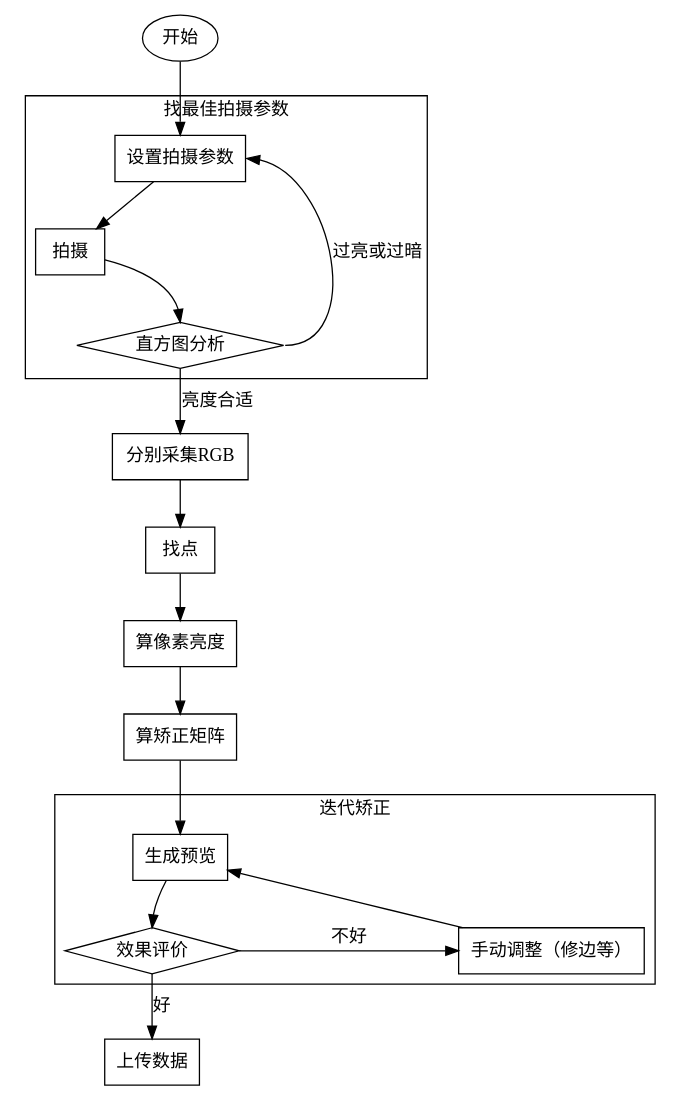
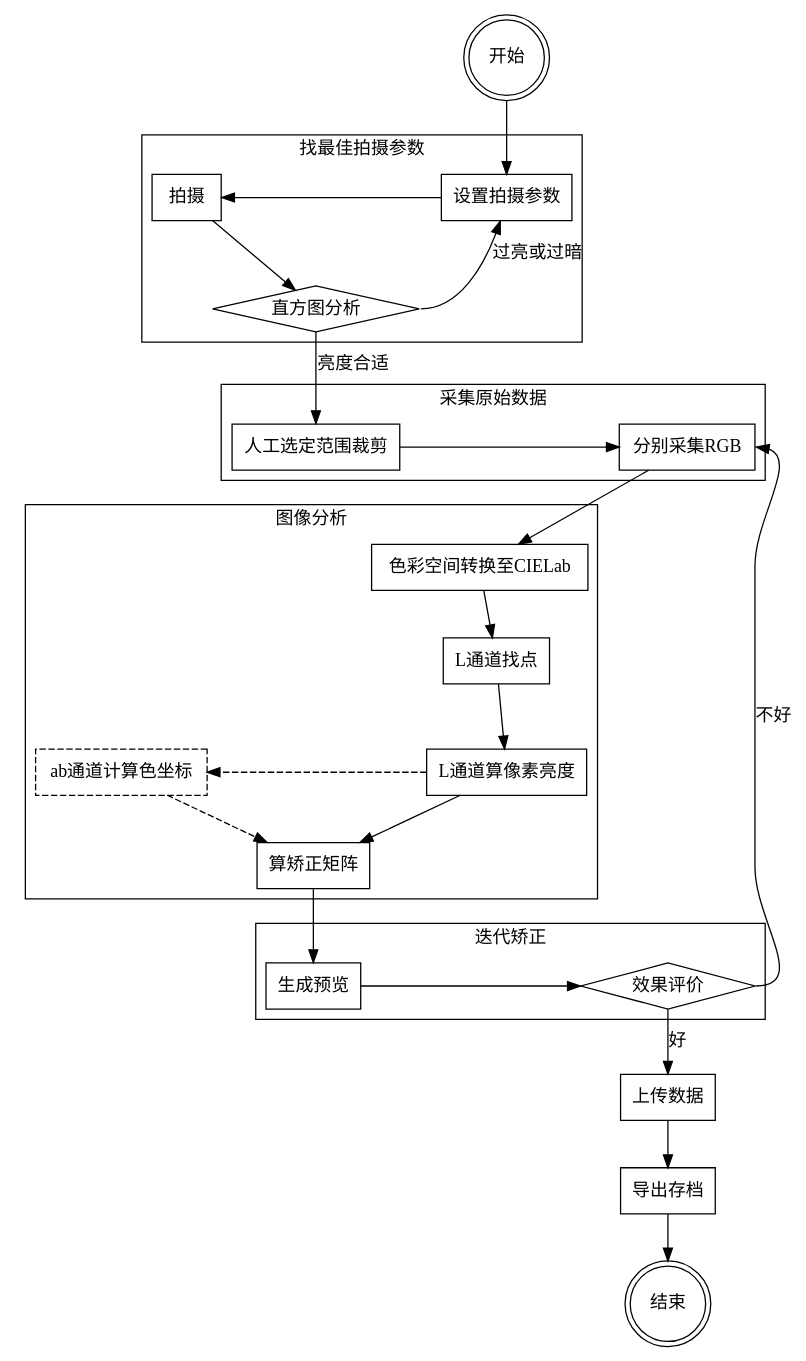
Before and after one commit to Sansi/LED-Calibration-doc-design: the diagram in calibration-process.dot, drawn with Graphviz. The commit also changed 14 other files, not shown here.

```diff
--- a/calibration-process.dot
+++ b/calibration-process.dot
@@ -1,55 +1,95 @@
-digraph "calibration process"{
-/*rankdir=LR*/
-overlap=false
-center=true
-nodesep=1.2
+digraph G {
+	/* graph settings*/
+/*	rankdir=LR*/
+	center=true
+	nodesep=1.2
+	node [shape=box]
+	
+	/* graph content*/
+	start [shape=doublecircle, label="开始"]
+	start -> configure
+	
+	subgraph cluster_optimalconfig{
+		label="找最佳拍摄参数"
+		
+		/* Entities */
+		configure [label="设置拍摄参数"]
+		capture [label="拍摄"]
+		histcheck [shape=diamond, label="直方图分析"]
+		
+		/* Relationships */
 
-start [label="开始"]
-start -> configure
+		configure -> capture
+		capture -> histcheck
+		histcheck:e -> configure [label="过亮或过暗"]
+		
+		/* Ranks */
+		{ rank=same; capture configure}
+	}
+	
+	subgraph cluster_capture{
+		label="采集原始数据"
+		
+		/* Entities */
+		collection [label="分别采集RGB"]
+		crop [label="人工选定范围裁剪"]
+		
+		/* Relationships */
+		histcheck -> crop [label="亮度合适"]
+		crop -> collection
+		
+		/* Ranks */
+		{ rank=same; collection crop}
+	}
+	
+	subgraph cluster_analyze{
+		label="图像分析"
+		
+		/* Entities */
+		colorspace [label="色彩空间转换至CIELab"]
+		findpixel [label="L通道找点"]
+		calcbrightness [label="L通道算像素亮度"]
+		calccolor [label="ab通道计算色坐标", style=dashed]
+		genmatrix [label="算矫正矩阵"]
+		
+		/* Relationships */
+		collection -> colorspace
+		colorspace -> findpixel
+		findpixel -> calcbrightness
+		calcbrightness -> genmatrix
+		calcbrightness -> calccolor [style=dashed]
+		calccolor -> genmatrix  [style=dashed]
+		
+		/* Ranks */
+/*		{ rank=same; colorspace findpixel}*/
+		{ rank=same; calccolor calcbrightness}
+	}
+	
+	subgraph cluster_tune{
+		label="迭代矫正"
 
-subgraph cluster_optimalconfig{
-label="找最佳拍摄参数"
-configure [shape=box, label="设置拍摄参数"]
-capture [shape=box, label="拍摄"]
-histcheck [shape=diamond, label="直方图分析"]
-
-
-configure -> capture
-capture -> histcheck:n
-histcheck:e -> configure:e [label="过亮或过暗"]
+		/* Entities */
+		genpreview [label="生成预览"]
+		accessment [shape=diamond, label="效果评价"]
+		/*manualtune [label="手动调整（修边等）"]*/
+			
+		/* Relationships */
+		genmatrix -> genpreview
+		genpreview -> accessment
+		/*accessment -> manualtune [label="不好"]*/
+		/*manualtune -> genpreview*/
+		
+		/* Ranks */		
+		{ rank=same; genpreview accessment}
+	}
+	
+	upload [label="上传数据"]
+	archive [label="导出存档"]
+	end [shape=doublecircle, label="结束"]
+	
+	accessment -> upload [label="好"]
+	accessment:e -> collection:e [label="不好"]
+	upload -> archive
+	archive -> end
+	
 }
-
-collection [shape=box, label="分别采集RGB"]
-histcheck -> collection [label="亮度合适"]
-
-findpixel [shape=box, label="找点"]
-
-collection -> findpixel
-
-calcbrightness [shape=box, label="算像素亮度"]
-
-findpixel -> calcbrightness
-
-genmatrix [shape=box, label="算矫正矩阵"]
-
-calcbrightness -> genmatrix
-genmatrix -> genpreview
-
-subgraph cluster_tune{
-label="迭代矫正"
-genpreview [shape=box, label="生成预览"]
-accessment [shape=diamond, label="效果评价"]
-manualtune [shape=box, label="手动调整（修边等）"]
-
-genpreview -> accessment:n
-accessment -> manualtune [label="不好"]
-manualtune -> genpreview
-
-{ rank=same; accessment; manualtune }
-}
-
-upload [shape=box, label="上传数据"]
-
-accessment -> upload [label="好"]
-
-}
```
